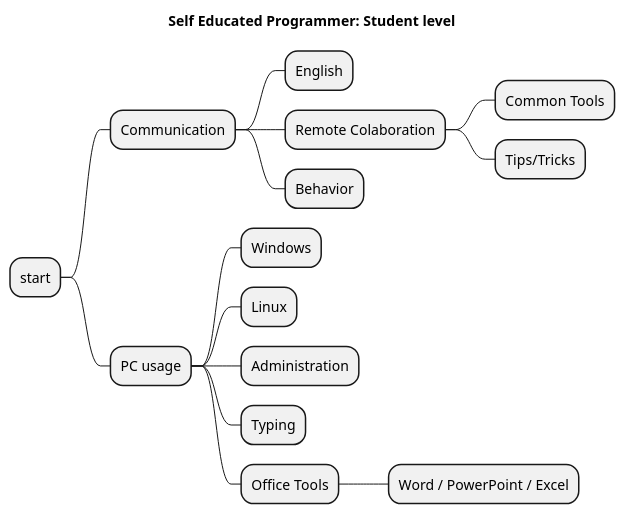
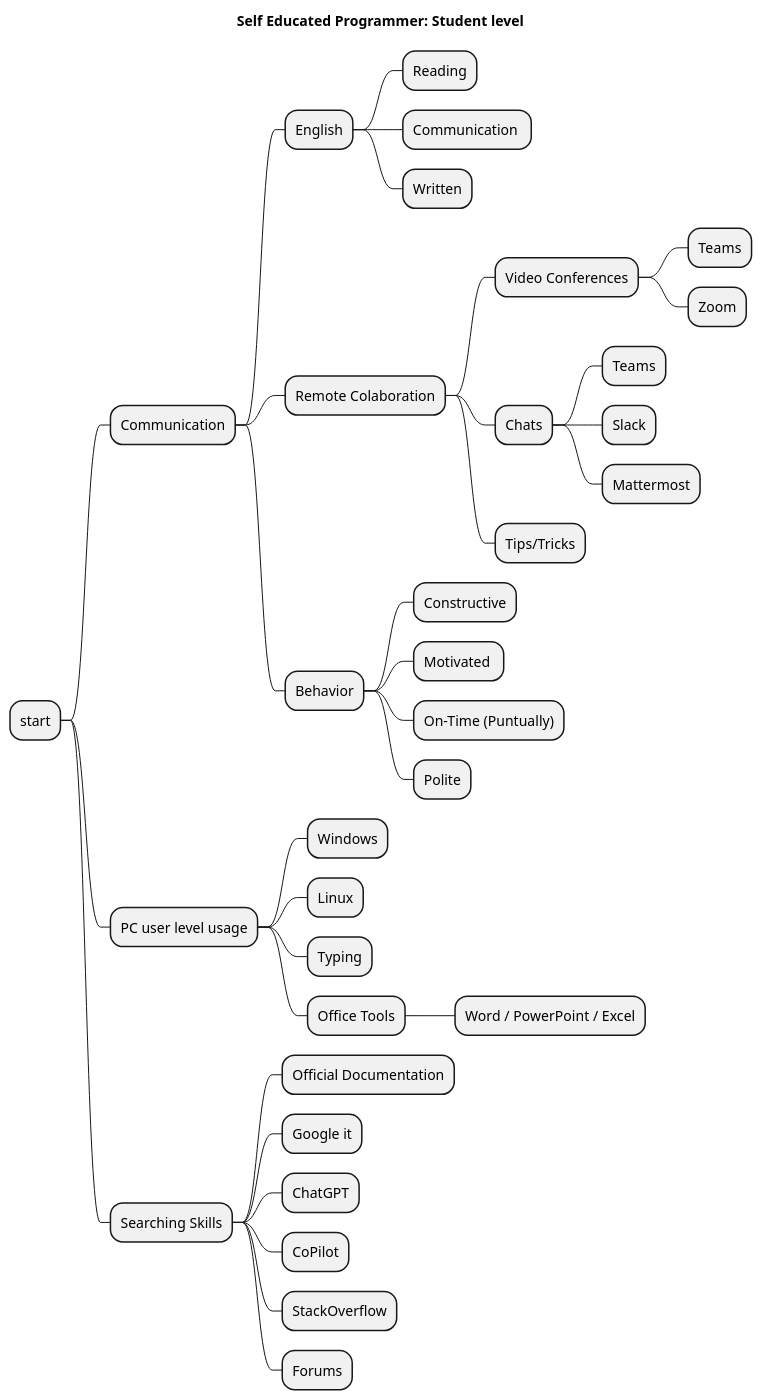
One commit to SmartSoftDev/self_educated_software_programmer_path changed the diagram in student_level.puml. Above: the diagram before and after it, drawn with PlantUML. The commit also changed 23 other files, not shown here.

```diff
--- a/student_level.puml
+++ b/student_level.puml
@@ -1,22 +1,38 @@
 @startmindmap
 title Self Educated Programmer: Student level
 
 * start
 ** Communication
 *** English
+**** Reading
+**** Communication 
+**** Written
 *** Remote Colaboration
-**** Common Tools
+**** Video Conferences
+***** Teams
+***** Zoom
+**** Chats
+***** Teams
+***** Slack
+***** Mattermost
 **** Tips/Tricks
 *** Behavior
-** PC usage
+**** Constructive
+**** Motivated 
+**** On-Time (Puntually)
+**** Polite
+** PC user level usage
 *** Windows
 *** Linux
-*** Administration
 *** Typing
 *** Office Tools
 **** Word / PowerPoint / Excel
-
-
-
+** Searching Skills
+*** Official Documentation
+*** Google it
+*** ChatGPT
+*** CoPilot
+*** StackOverflow
+*** Forums
 
 @endmindmap
```
